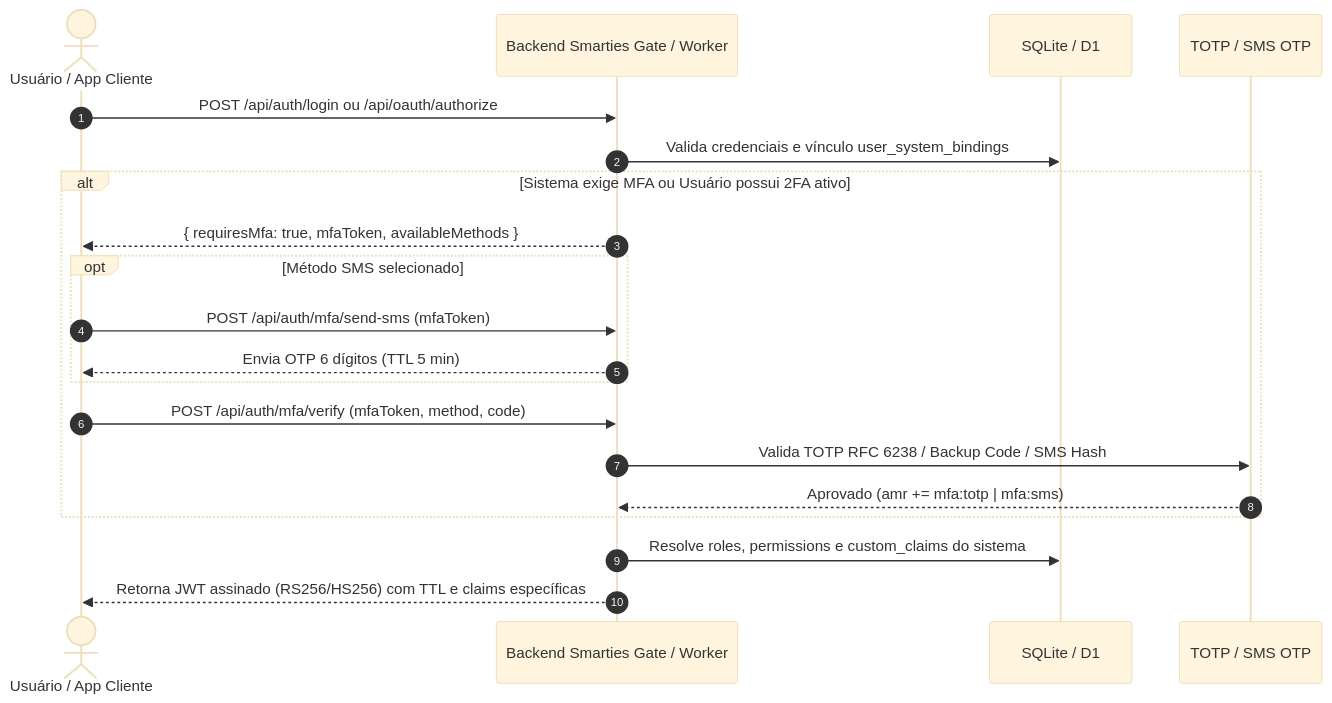
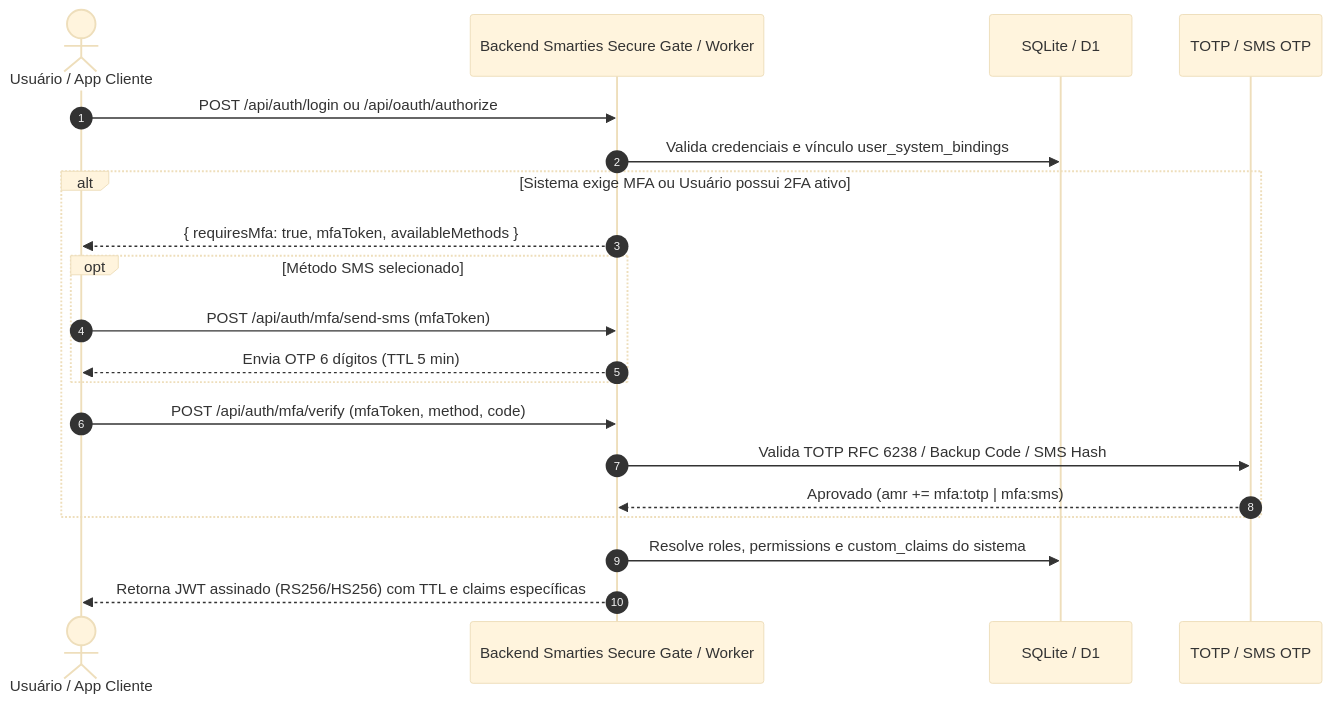
The second of 4 diagrams in README.md (smarttargetdev/argus), drawn with Mermaid (base theme) before and after one commit. The commit also changed other lines of this file and 8 other files, not shown here.

First line of the commit message:
refactor: rename project to "Smarties Secure Gate"

````diff
--- a/README.md
+++ b/README.md
@@ -49,23 +49,23 @@
 ```mermaid
 sequenceDiagram
     autonumber
     actor U as Usuário / App Cliente
-    participant API as Backend Smarties Gate / Worker
+    participant API as Backend Smarties Secure Gate / Worker
     participant DB as SQLite / D1
     participant MFA as TOTP / SMS OTP
 
     U->>API: POST /api/auth/login ou /api/oauth/authorize
     API->>DB: Valida credenciais e vínculo user_system_bindings
     alt Sistema exige MFA ou Usuário possui 2FA ativo
         API-->>U: { requiresMfa: true, mfaToken, availableMethods }
         opt Método SMS selecionado
             U->>API: POST /api/auth/mfa/send-sms (mfaToken)
             API-->>U: Envia OTP 6 dígitos (TTL 5 min)
         end
         U->>API: POST /api/auth/mfa/verify (mfaToken, method, code)
         API->>MFA: Valida TOTP RFC 6238 / Backup Code / SMS Hash
         MFA-->>API: Aprovado (amr += mfa:totp | mfa:sms)
     end
     API->>DB: Resolve roles, permissions e custom_claims do sistema
     API-->>U: Retorna JWT assinado (RS256/HS256) com TTL e claims específicas
 ```
````
